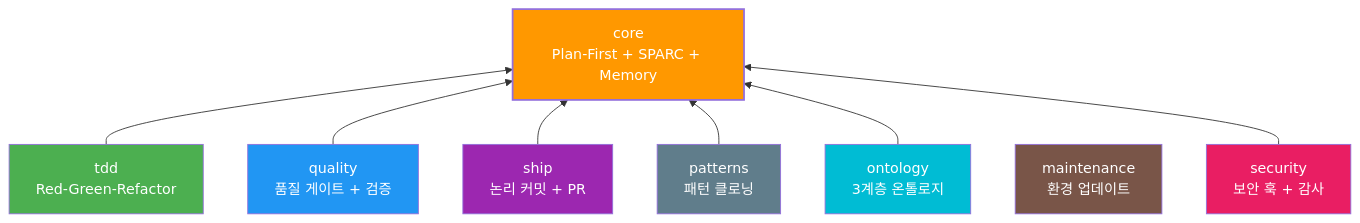
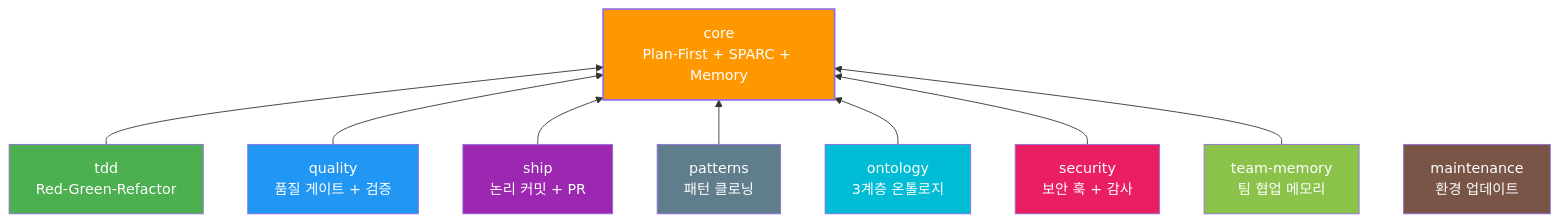
The second of 5 diagrams in README.md (skdkfk8758/carpdm_harness), drawn with Mermaid before and after one commit. The commit also changed other lines of this file, not shown here.

````diff
--- a/README.md
+++ b/README.md
@@ -79,21 +125,23 @@
 ```mermaid
 flowchart BT
     CORE[core<br/>Plan-First + SPARC + Memory]
 
     TDD[tdd<br/>Red-Green-Refactor] --> CORE
     QUALITY[quality<br/>품질 게이트 + 검증] --> CORE
     SHIP[ship<br/>논리 커밋 + PR] --> CORE
     PATTERNS[patterns<br/>패턴 클로닝] --> CORE
     ONTOLOGY[ontology<br/>3계층 온톨로지] --> CORE
+    SECURITY[security<br/>보안 훅 + 감사] --> CORE
+    TEAM_MEM[team-memory<br/>팀 협업 메모리] --> CORE
     MAINT[maintenance<br/>환경 업데이트]
-    SECURITY[security<br/>보안 훅 + 감사] --> CORE
 
     style CORE fill:#FF9800,color:#fff,stroke-width:2px
     style TDD fill:#4CAF50,color:#fff
     style QUALITY fill:#2196F3,color:#fff
     style SHIP fill:#9C27B0,color:#fff
     style PATTERNS fill:#607D8B,color:#fff
     style ONTOLOGY fill:#00BCD4,color:#fff
     style MAINT fill:#795548,color:#fff
     style SECURITY fill:#E91E63,color:#fff
+    style TEAM_MEM fill:#8BC34A,color:#fff
 ```
````
